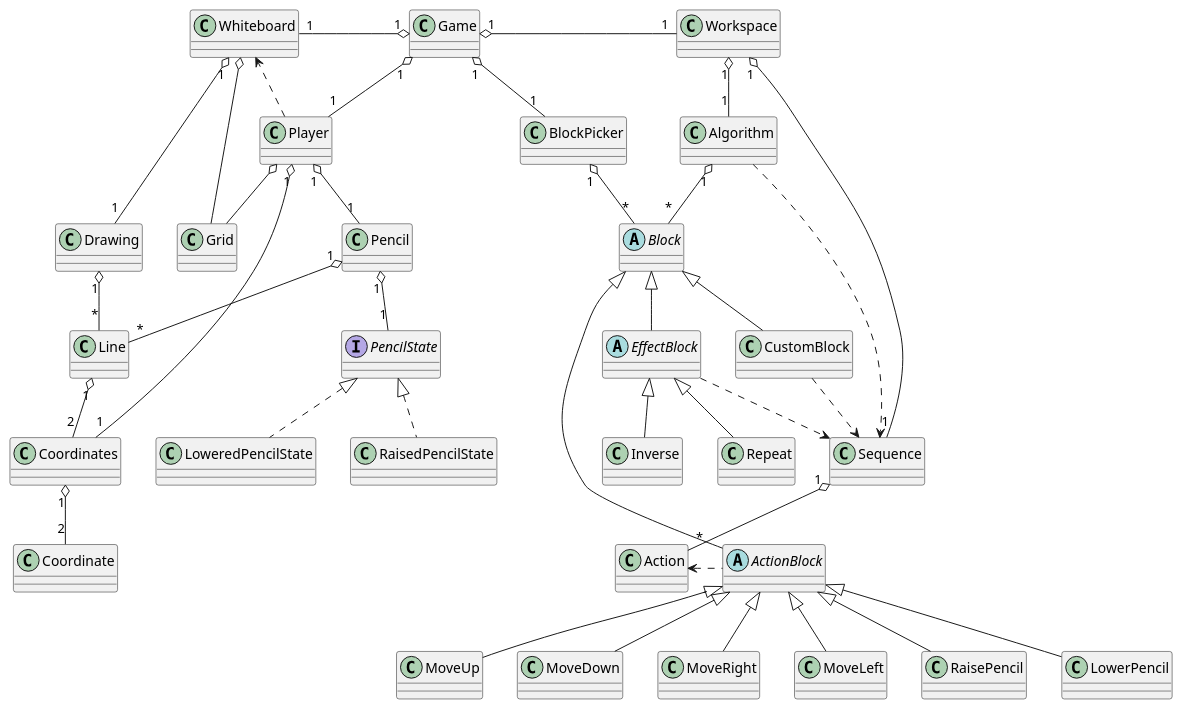
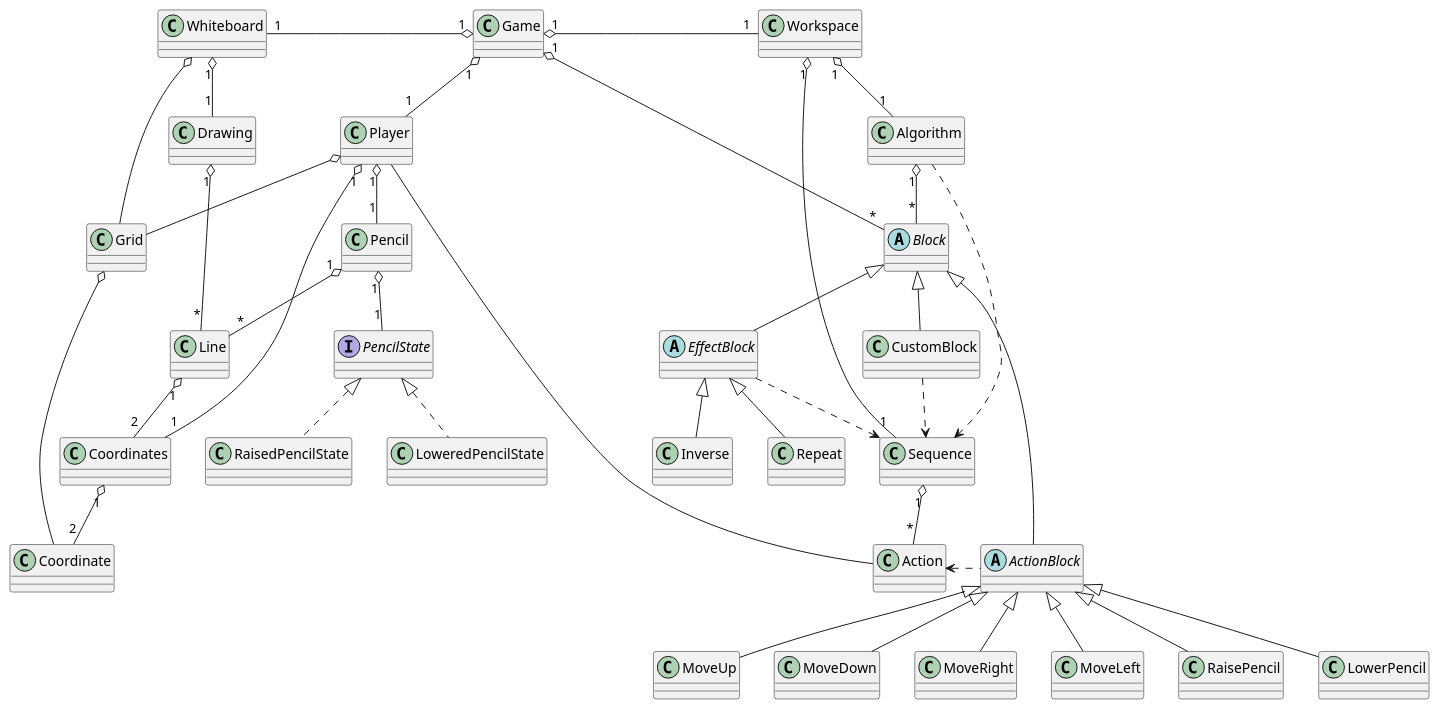
Before and after one commit to mati1297/tp2_algoblocks: the diagram in diagrams/class.plantuml, drawn with PlantUML.

Commit message:
Added relation between Player - Action and Grid - Coordinate. BlockPicker Class removed.

```diff
--- a/diagrams/class.plantuml
+++ b/diagrams/class.plantuml
@@ -1,171 +1,165 @@
 @startuml
 class Game {
 
 }
 
 class Player {
 
 }
 
 class Coordinates {
 
 }
 
 class Coordinate {
 
 }
 
 class Pencil {
 
 }
 
 interface PencilState {
 
 }
 
 class RaisedPencilState {
 
 }
 
 class LoweredPencilState {
 
 }
 
 class Whiteboard {
 
 }
 
 
 class Drawing {
 
 }
 
 class Line {
 
 }
 
 class Workspace {
 
 }
 
 class Algorithm {
 
 }
 
 class Sequence {
 
 }
 
 class Action {
 
 }
 
-class BlockPicker {
-
-}
-
-
 abstract class Block {
 
 }
 
 abstract class ActionBlock {
 
 }
 
 abstract class EffectBlock {
 
 }
 
 class MoveUp {
 
 }
 
 class MoveDown {
 
 }
 
 class MoveRight {
 
 }
 
 class MoveLeft {
 
 }
 
 class RaisePencil {
 
 }
 
 class LowerPencil {
 
 }
 
 class Repeat {
 
 }
 
 class Inverse {
 
 }
 
 class CustomBlock {
 
 }
 
 
 class Grid {
 
 }
 
 Game "1" o-- "1" Player
 Player "1" o-- "1" Coordinates
 Coordinates "1" o-- "2" Coordinate
-Player ..> Whiteboard
+Player -- Action
 
 Player "1" o-- "1" Pencil
 Pencil "1" o-- "1" PencilState
 PencilState <|.. RaisedPencilState
 PencilState <|.. LoweredPencilState
 
 Game "1" o--left "1" Whiteboard
 Whiteboard "1" o-- "1" Drawing
 Drawing "1" o-- "*" Line
 Line "1" o-- "2" Coordinates
 Pencil "1" o-- "*" Line
 
-Game "1" o-- "1" BlockPicker
-BlockPicker "1" o-- "*" Block
+Game "1" o-- "*" Block
 Block <|-- EffectBlock
 Block <|-- ActionBlock
 Block <|-- CustomBlock
 
 Game "1" o--right "1" Workspace
 Workspace "1" o-- "1" Algorithm
 Algorithm "1" o-- "*" Block
 
 
 Workspace "1" o-- "1" Sequence
 Sequence "1" o-- "*" Action
 
 ActionBlock <|-- MoveUp
 ActionBlock <|-- MoveDown
 ActionBlock <|-- MoveRight
 ActionBlock <|-- MoveLeft
 ActionBlock <|-- LowerPencil
 ActionBlock <|-- RaisePencil
 Action <..right ActionBlock
 
 EffectBlock <|-- Repeat
 EffectBlock <|-- Inverse
 
 
 
 Player o-- Grid
 Whiteboard o--Grid
-
+Grid o-- Coordinate
 
 Algorithm ..> Sequence
 EffectBlock ..> Sequence
 CustomBlock ..> Sequence
 @enduml
```
